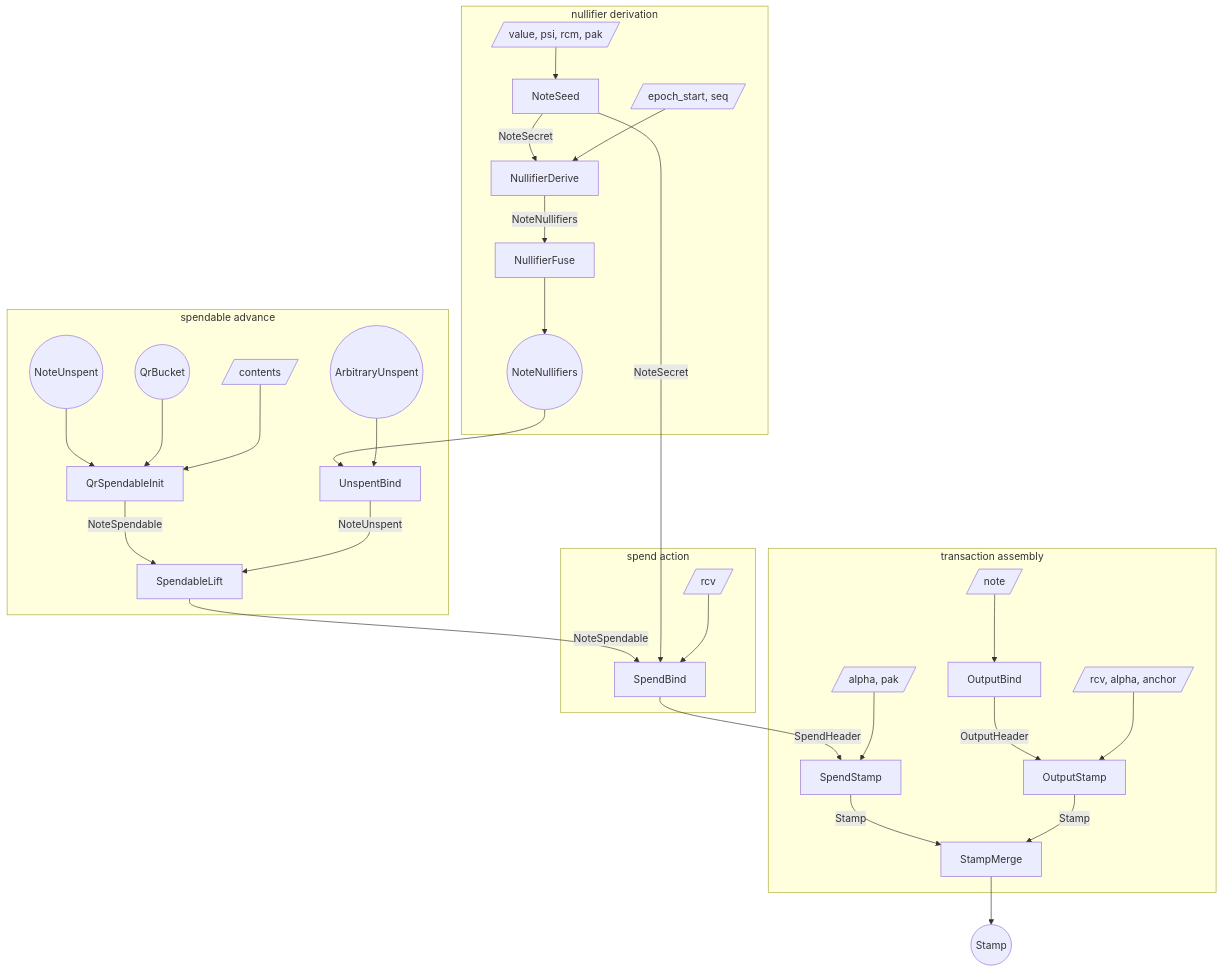
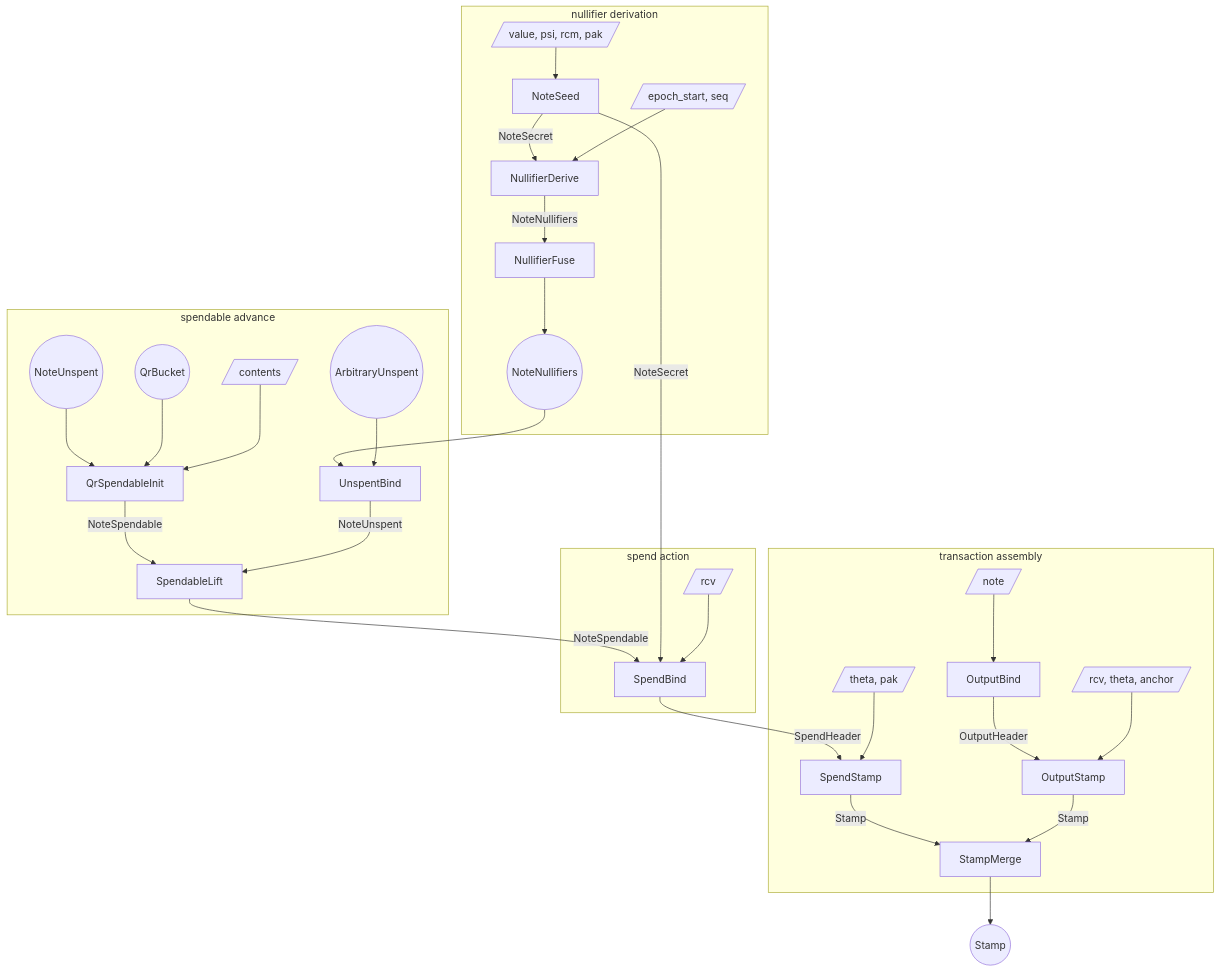
Before and after one commit to alxiong/tachyon: the first of 3 diagrams in book/src/proof-tree.md, drawn with Mermaid. The commit also changed other lines of this file and 14 other files, not shown here.

````diff
--- a/book/src/proof-tree.md
+++ b/book/src/proof-tree.md
@@ -308,65 +308,65 @@
 ```mermaid
 flowchart TB
   subgraph derive [nullifier derivation]
     w_seed[/value, psi, rcm, pak/]
     s_seed[NoteSeed]
     w_window[/epoch_start, seq/]
     s_window[NullifierDerive]
     s_dfuse[NullifierFuse]
     nf_range((NoteNullifiers))
   end
 
   subgraph spendable [spendable advance]
     bucket_in((QrBucket))
     creation_in((NoteUnspent))
     w_init[/contents/]
     s_init[QrSpendableInit]
     unspent_in((ArbitraryUnspent))
     s_unspentbind[UnspentBind]
     s_lift[SpendableLift]
   end
 
   subgraph spend_stamp [spend action]
     w_bind[/rcv/]
     s_bind[SpendBind]
   end
 
   subgraph merge [transaction assembly]
-    w_stamp[/alpha, pak/]
+    w_stamp[/theta, pak/]
     s_spendstamp[SpendStamp]
     w_outbind[/note/]
     s_outbind[OutputBind]
-    w_output[/rcv, alpha, anchor/]
+    w_output[/rcv, theta, anchor/]
     s_output[OutputStamp]
     s_merge[StampMerge]
   end
 
   stamp_out((Stamp))
 
   w_seed --> s_seed
   s_seed -->|NoteSecret| s_window
   w_window --> s_window
   s_window -->|NoteNullifiers| s_dfuse
   s_dfuse --> nf_range
 
   creation_in --> s_init
   bucket_in --> s_init
   w_init --> s_init
   nf_range --> s_unspentbind
   unspent_in --> s_unspentbind
   s_init -->|NoteSpendable| s_lift
   s_unspentbind -->|NoteUnspent| s_lift
   s_lift -->|NoteSpendable| s_bind
 
   s_seed -->|NoteSecret| s_bind
   w_bind --> s_bind
   s_bind -->|SpendHeader| s_spendstamp
   w_stamp --> s_spendstamp
 
   w_outbind --> s_outbind
   s_outbind -->|OutputHeader| s_output
   w_output --> s_output
   s_spendstamp -->|Stamp| s_merge
   s_output -->|Stamp| s_merge
   s_merge --> stamp_out
 ```
````
